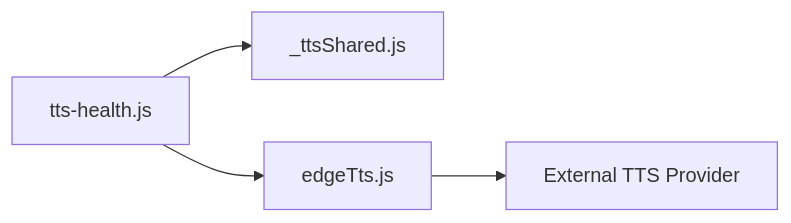
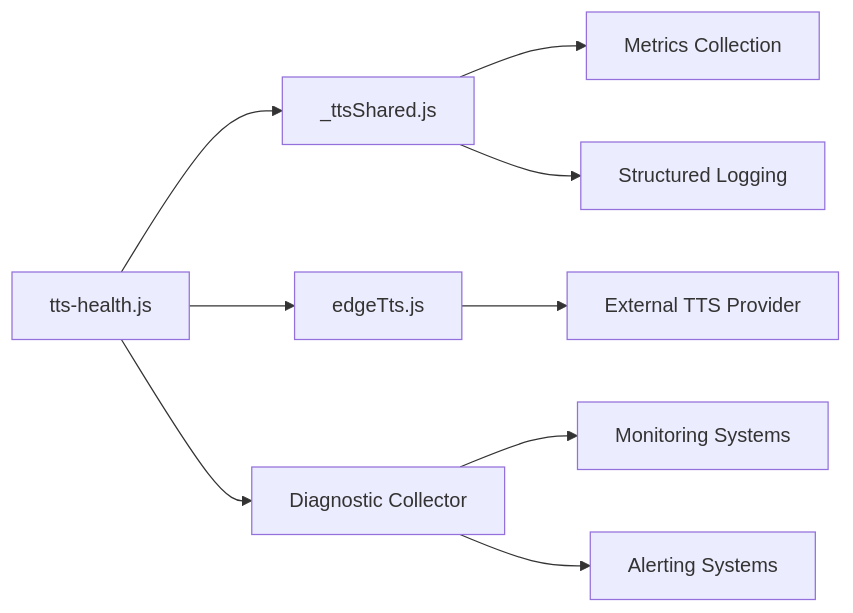
One commit to zmyeo54/briefroom changed the third of 3 diagrams in .qoder/repowiki/en/content/API Reference/TTS Health Check API.md. Above: the diagram before and after it, drawn with Mermaid. The commit also changed other lines of this file and 7 other files, not shown here.

````diff
--- a/.qoder/repowiki/en/content/API Reference/TTS Health Check API.md
+++ b/.qoder/repowiki/en/content/API Reference/TTS Health Check API.md
@@ -153,6 +275,11 @@
 ```mermaid
 graph LR
 A["tts-health.js"] --> B["_ttsShared.js"]
 A --> C["edgeTts.js"]
-C --> D["External TTS Provider"]
+A --> D["Diagnostic Collector"]
+B --> E["Metrics Collection"]
+B --> F["Structured Logging"]
+C --> G["External TTS Provider"]
+D --> H["Monitoring Systems"]
+D --> I["Alerting Systems"]
 ```
````
